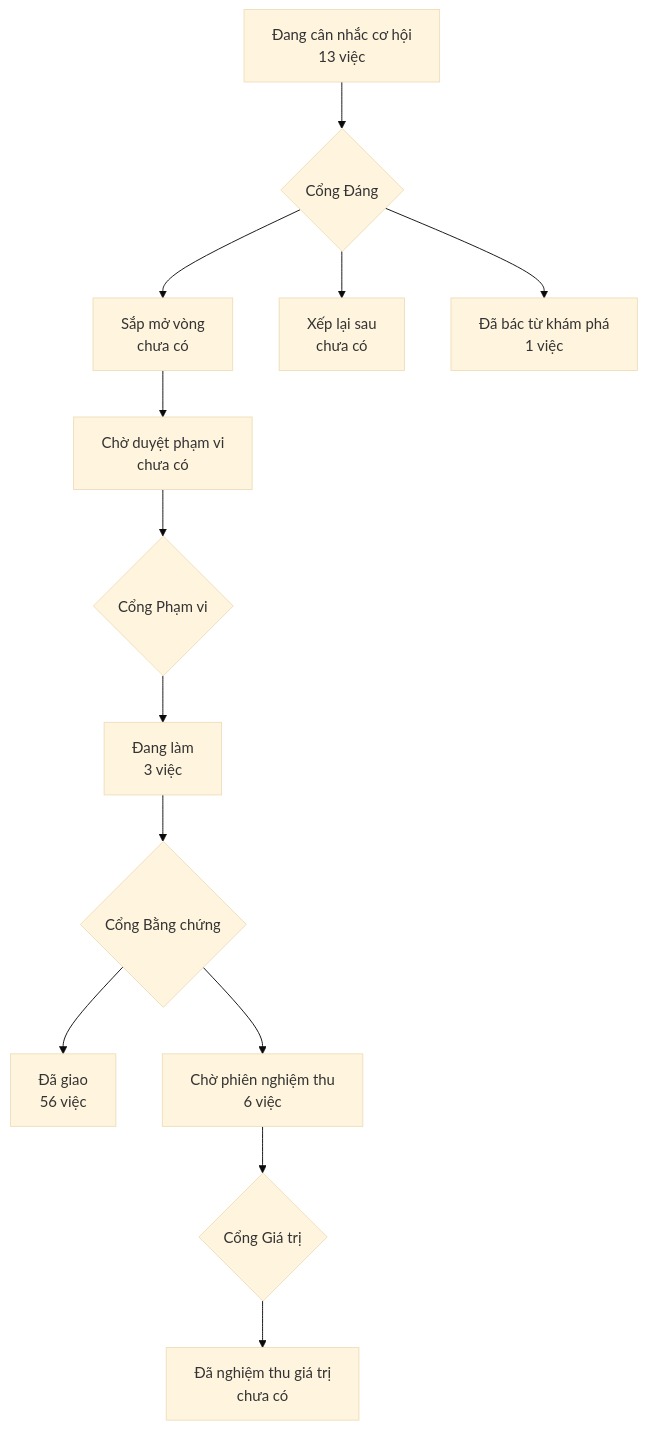
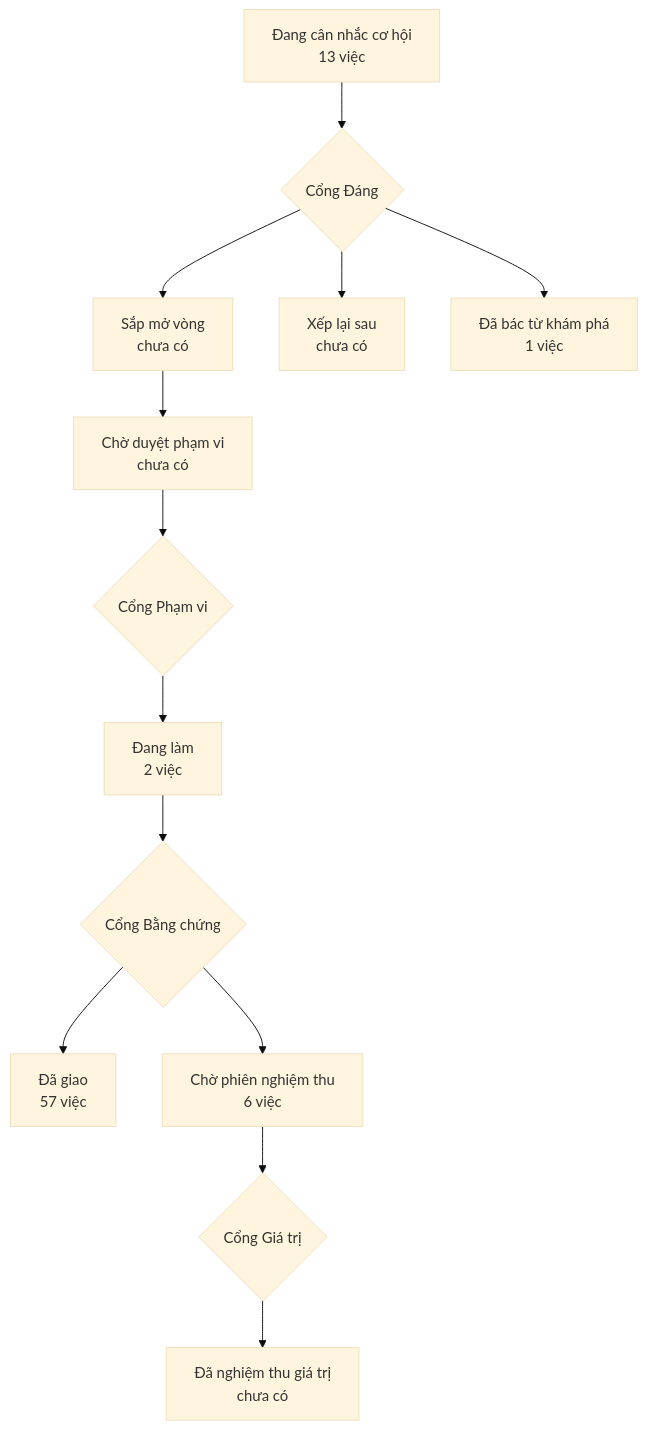
The diagram in PRODUCT-MAP.md (phanlemanh/acceptance-gate-kit), drawn with Mermaid (base theme) before and after one commit. The commit also changed 3 other files, not shown here.

````diff
--- a/PRODUCT-MAP.md
+++ b/PRODUCT-MAP.md
@@ -6,12 +6,12 @@
 ```mermaid
 flowchart TD
   A["Đang cân nhắc cơ hội<br/>13 việc"] --> GD{"Cổng Đáng"}
   GD --> B["Sắp mở vòng<br/>chưa có"]
   GD --> XL["Xếp lại sau<br/>chưa có"]
   GD --> DB["Đã bác từ khám phá<br/>1 việc"]
   B --> CD["Chờ duyệt phạm vi<br/>chưa có"] --> GP{"Cổng Phạm vi"}
-  GP --> DL["Đang làm<br/>3 việc"] --> GB{"Cổng Bằng chứng"}
-  GB --> DG["Đã giao<br/>56 việc"]
+  GP --> DL["Đang làm<br/>2 việc"] --> GB{"Cổng Bằng chứng"}
+  GB --> DG["Đã giao<br/>57 việc"]
   GB --> CN["Chờ phiên nghiệm thu<br/>6 việc"] --> GG{"Cổng Giá trị"}
   GG --> NT["Đã nghiệm thu giá trị<br/>chưa có"]
 ```
````
